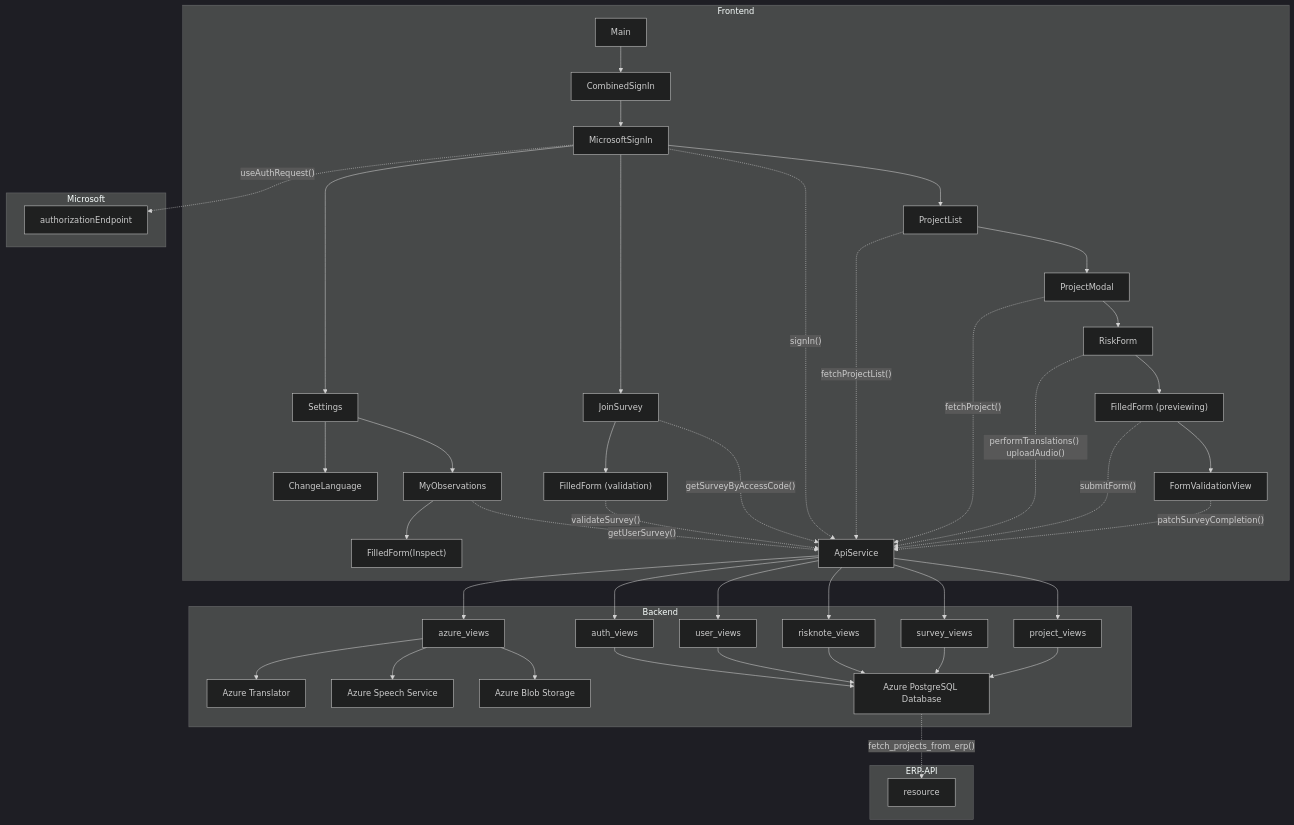
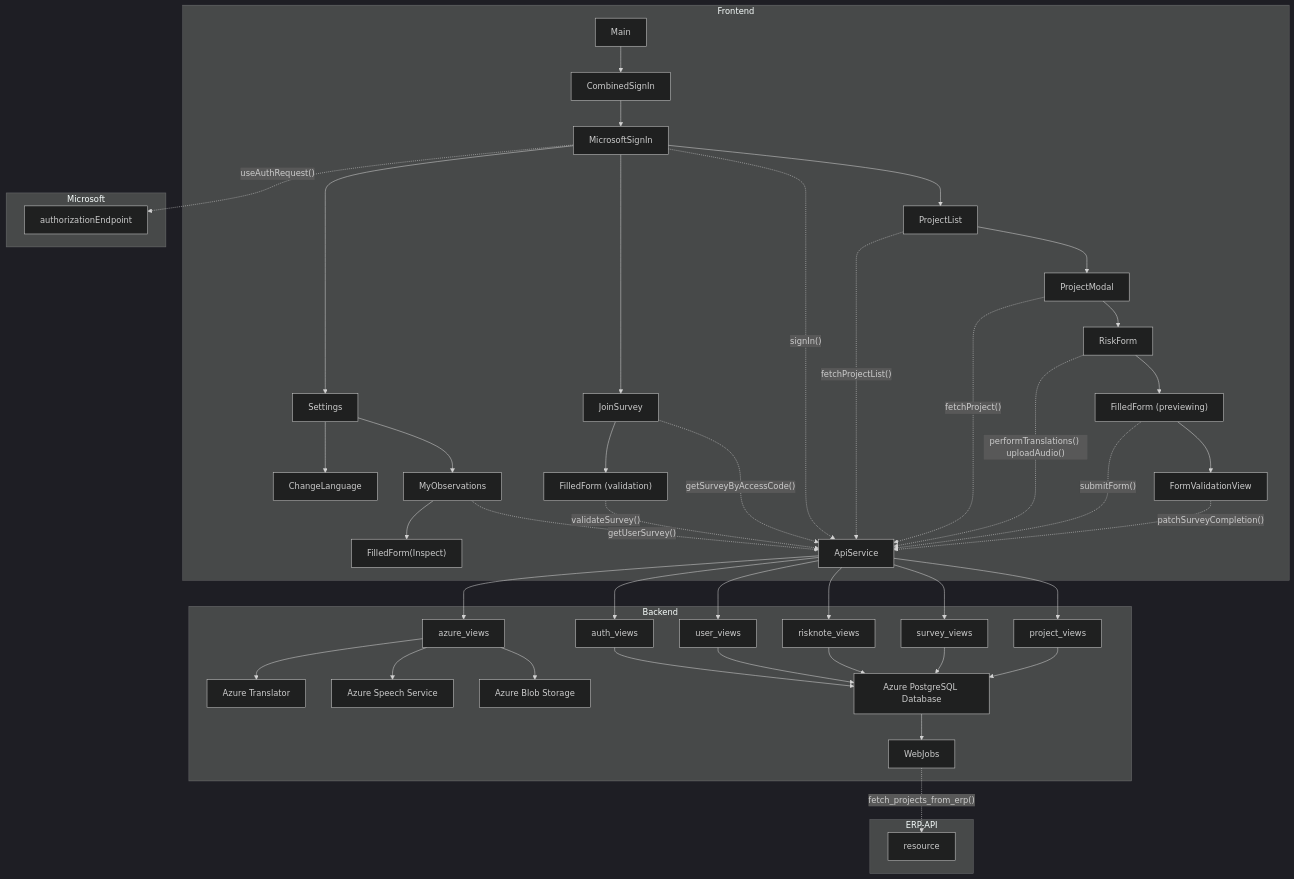
Before and after one commit to Ohtu-Tyoturvallisuus/TTS-documentation: the diagram in docs/architecture.md, drawn with Mermaid (dark theme).

````diff
--- a/docs/architecture.md
+++ b/docs/architecture.md
@@ -1,62 +1,63 @@
 ```mermaid
 flowchart TD
   subgraph Frontend
     main["Main"]
 
     main --> login["CombinedSignIn"]
     login --> mslogin["MicrosoftSignIn"]
     mslogin --> projects["ProjectList"]
     projects --> projectmodal["ProjectModal"]
     projectmodal --> riskform["RiskForm"]
     riskform --> filledpreview["FilledForm (previewing)"]
 
     filledpreview --> validation["FormValidationView"]
 
     service["ApiService"]
     projects -."fetchProjectList()".-> service
     projectmodal -."fetchProject()".-> service
     riskform -."performTranslations() uploadAudio()".-> service
     filledpreview -."submitForm()".-> service
     validation -."patchSurveyCompletion()".-> service
     joinsurvey -."getSurveyByAccessCode()".-> service
     filledcheck -."validateSurvey()".-> service
     myobservations -."getUserSurvey()".-> service
     mslogin -."signIn()".-> service
 
 
     mslogin --> joinsurvey["JoinSurvey"]
     joinsurvey --> filledcheck["FilledForm (validation)"]
 
     mslogin --> settings["Settings"]
     settings --> myobservations["MyObservations"]
     myobservations --> filledinspect["FilledForm(Inspect)"]
     settings -->language["ChangeLanguage"]
   end
 
   subgraph "Microsoft"
     mslogin -."useAuthRequest()".-> authorizationEndpoint
   end
 
   subgraph "Backend"
       service --> project_views
       service --> survey_views
       service --> risknote_views
       service --> user_views
       service --> auth_views
       service --> azure_views
 
       azure_views --> BlobStorage[Azure Blob Storage]
       azure_views --> SpeechService[Azure Speech Service]
       azure_views --> Translator[Azure Translator]
       PostgreSQL[Azure PostgreSQL Database]
       project_views --> PostgreSQL
       survey_views --> PostgreSQL
       risknote_views --> PostgreSQL
       user_views --> PostgreSQL
       auth_views --> PostgreSQL
+      PostgreSQL --> WebJobs["WebJobs"]
   end
 
   subgraph "ERP-API"
-    PostgreSQL -."fetch_projects_from_erp()".-> ERP["resource"]
+    WebJobs -."fetch_projects_from_erp()".-> ERP["resource"]
   end
 ```
````
